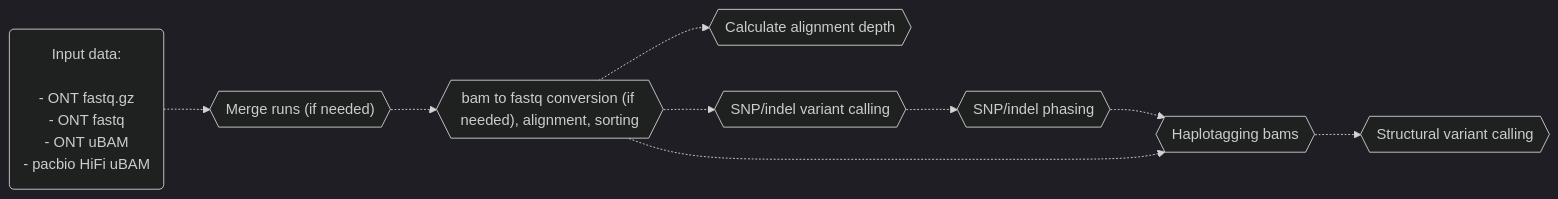
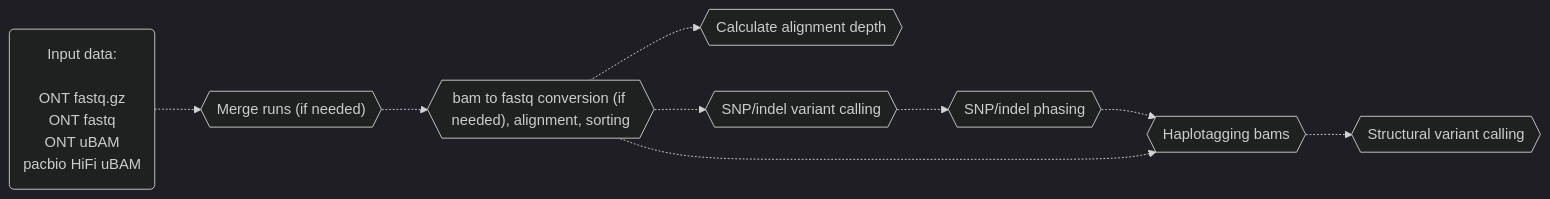
One commit to leahkemp/pipeface changed the first of 2 diagrams in README.md. Above: the diagram before and after it, drawn with Mermaid.

````diff
--- a/README.md
+++ b/README.md
@@ -16,18 +16,18 @@
 ```mermaid
 %%{init: {'theme':'dark'}}%%
 flowchart LR
 
-input_data("Input data: \n\n - ONT fastq.gz \n - ONT fastq \n - ONT uBAM \n - pacbio HiFi uBAM")
+input_data("Input data: \n\n ONT fastq.gz \n ONT fastq \n ONT uBAM \n pacbio HiFi uBAM")
 merging{{"Merge runs (if needed)"}}
 alignment{{"bam to fastq conversion (if needed), alignment, sorting"}}
 depth{{"Calculate alignment depth"}}
 snp_indel_calling{{"SNP/indel variant calling"}}
 snp_indel_phasing{{"SNP/indel phasing"}}
 haplotagging{{"Haplotagging bams"}}
 sv_calling{{"Structural variant calling"}}
 
 input_data-.->merging-.->alignment-.->snp_indel_calling-.->snp_indel_phasing-.->haplotagging-.->sv_calling
 alignment-.->depth
 alignment-.->haplotagging
 
 ```
````
